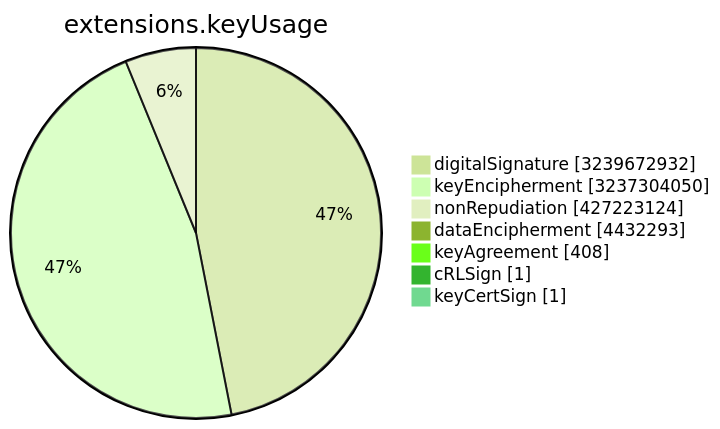
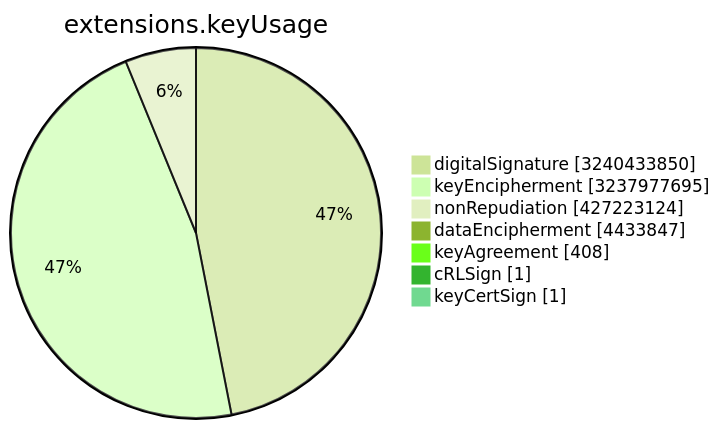
One commit to christiankrug/ctmonitor_visualization changed the sixth of 15 diagrams in TOTAL/README.md. Above: the diagram before and after it, drawn with Mermaid (forest theme). The commit also changed other lines of this file, not shown here.

````diff
--- a/TOTAL/README.md
+++ b/TOTAL/README.md
@@ -3077,11 +3077,11 @@
 ```mermaid
 pie showData
 title extensions.keyUsage
-"digitalSignature" :3239672932
-"keyEncipherment" :3237304050
+"digitalSignature" :3240433850
+"keyEncipherment" :3237977695
 "nonRepudiation" :427223124
-"dataEncipherment" :4432293
+"dataEncipherment" :4433847
 "keyAgreement" :408
 "cRLSign" :1
 "keyCertSign" :1
 ```
````
